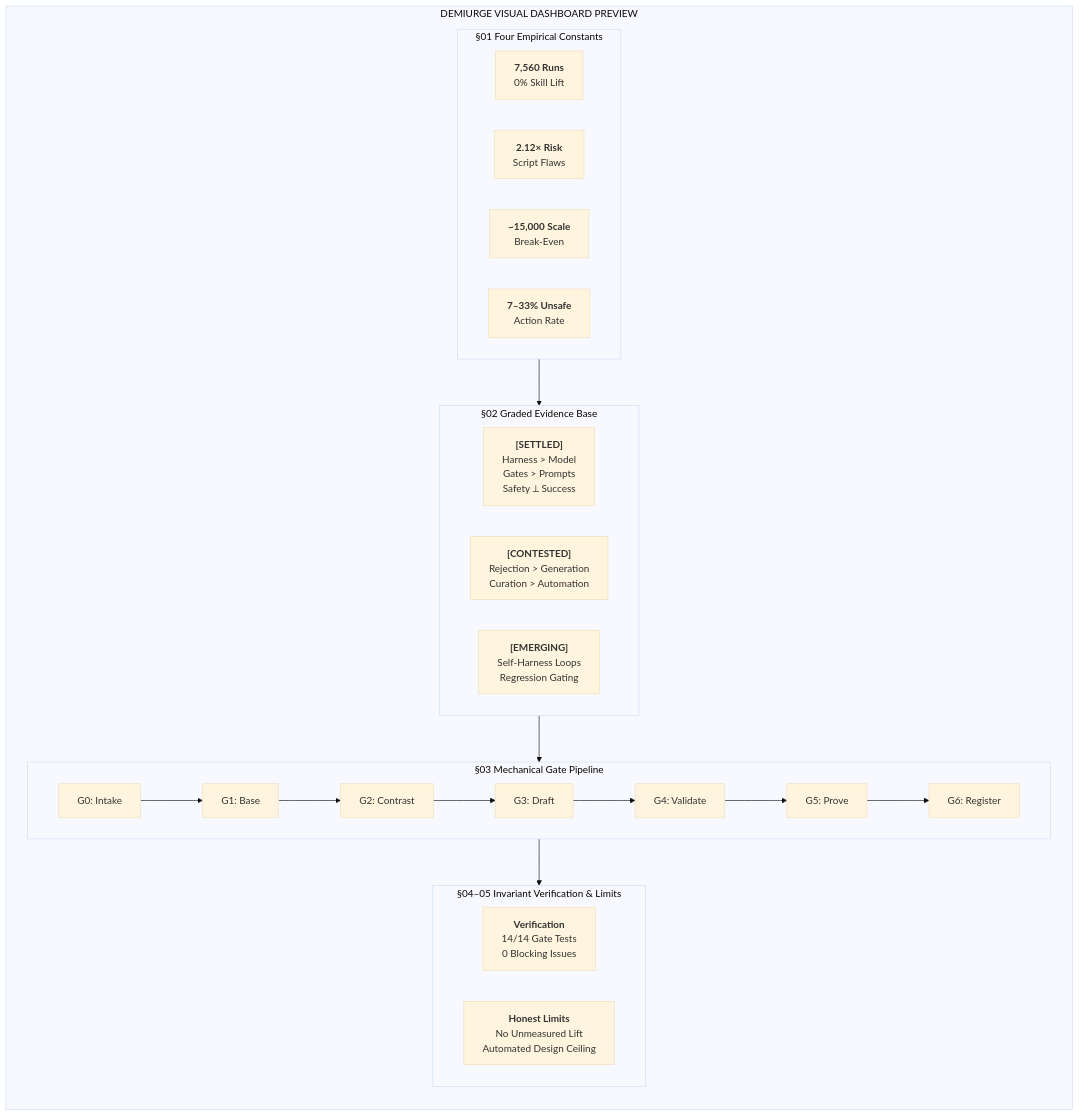
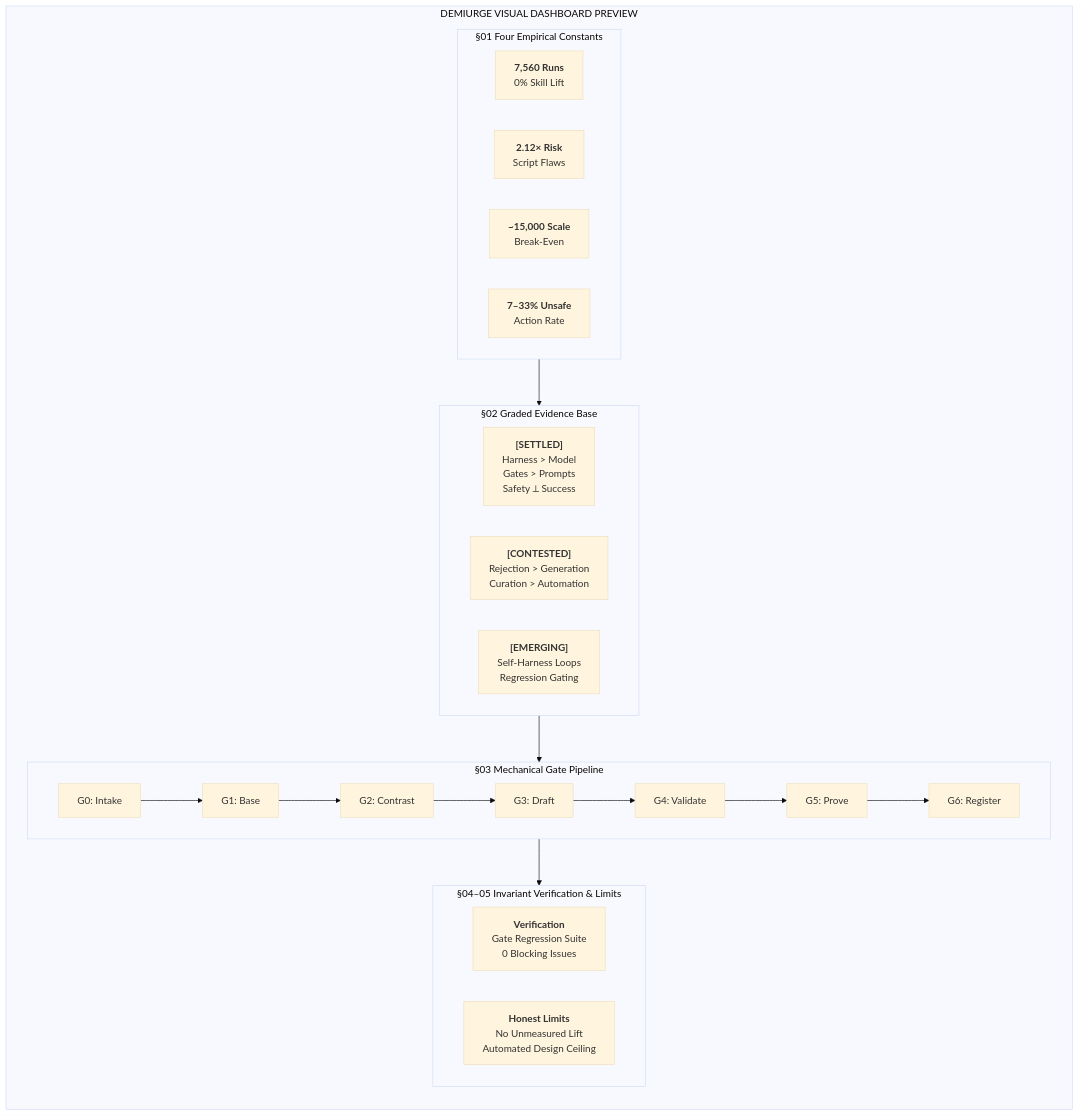
The diagram in docs/BRIEF.md (syst0m/demiurge), drawn with Mermaid (base theme) before and after one commit. The commit also changed other lines of this file and 15 other files, not shown here.

````diff
--- a/docs/BRIEF.md
+++ b/docs/BRIEF.md
@@ -8,29 +8,29 @@
 ```mermaid
 flowchart TD
     subgraph Dashboard["DEMIURGE VISUAL DASHBOARD PREVIEW"]
         direction TB
         subgraph S1["§01 Four Empirical Constants"]
             direction LR
             N1["<b>7,560 Runs</b><br/>0% Skill Lift"]
             N2["<b>2.12× Risk</b><br/>Script Flaws"]
             N3["<b>~15,000 Scale</b><br/>Break-Even"]
             N4["<b>7–33% Unsafe</b><br/>Action Rate"]
         end
         subgraph S2["§02 Graded Evidence Base"]
             direction LR
             E1["<b>[SETTLED]</b><br/>Harness > Model<br/>Gates > Prompts<br/>Safety ⟂ Success"]
             E2["<b>[CONTESTED]</b><br/>Rejection > Generation<br/>Curation > Automation"]
             E3["<b>[EMERGING]</b><br/>Self-Harness Loops<br/>Regression Gating"]
         end
         subgraph S3["§03 Mechanical Gate Pipeline"]
             direction LR
             G0["G0: Intake"] --> G1["G1: Base"] --> G2["G2: Contrast"] --> G3["G3: Draft"] --> G4["G4: Validate"] --> G5["G5: Prove"] --> G6["G6: Register"]
         end
         subgraph S4["§04–05 Invariant Verification & Limits"]
             direction LR
-            V1["<b>Verification</b><br/>14/14 Gate Tests<br/>0 Blocking Issues"]
+            V1["<b>Verification</b><br/>Gate Regression Suite<br/>0 Blocking Issues"]
             V2["<b>Honest Limits</b><br/>No Unmeasured Lift<br/>Automated Design Ceiling"]
         end
         S1 --> S2 --> S3 --> S4
     end
 ```
````
